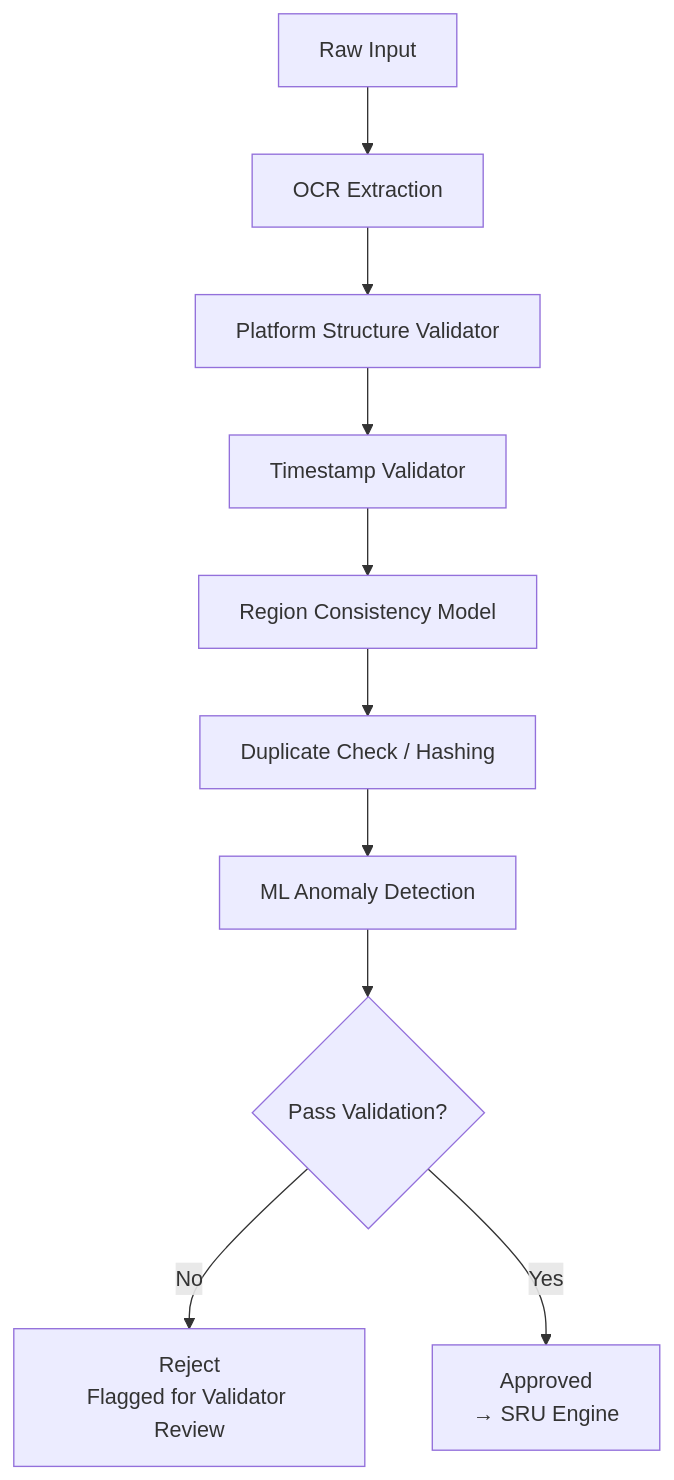
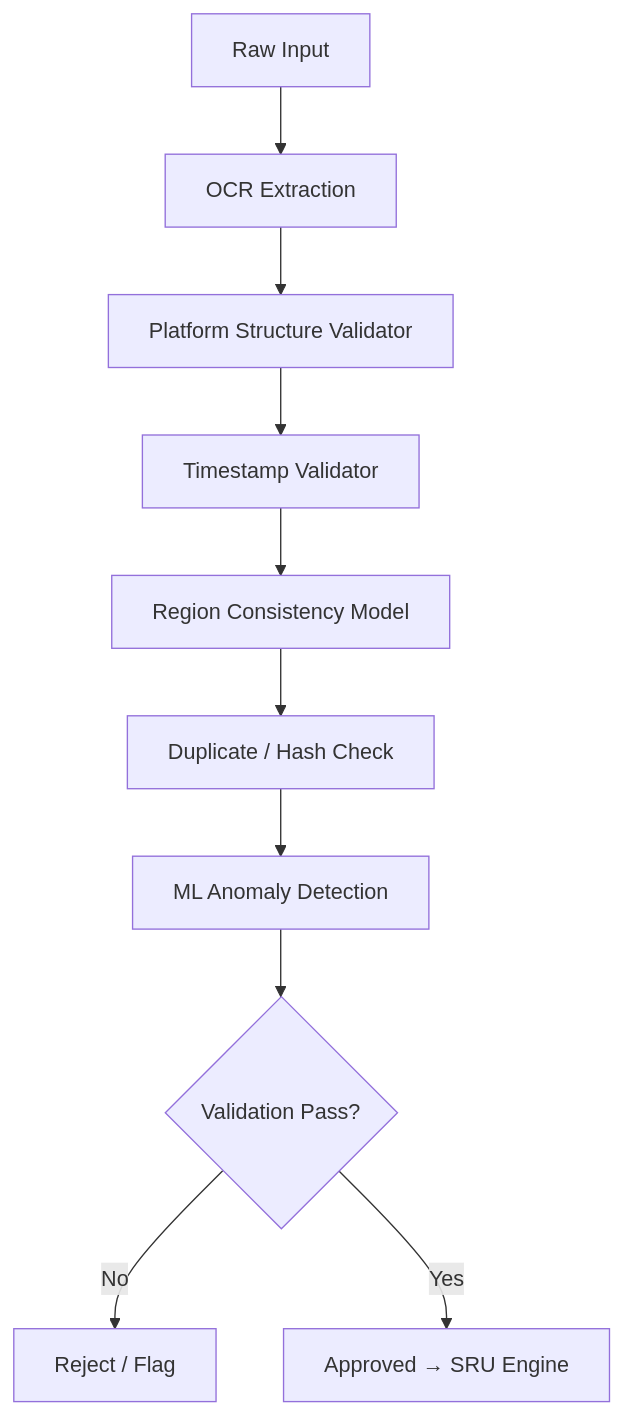
One commit to Ridera-Rwa/Ridera-core changed the second of 5 diagrams in architecture/data-flow-diagram.md. Above: the diagram before and after it, drawn with Mermaid. The commit also changed other lines of this file, not shown here.

````diff
--- a/architecture/data-flow-diagram.md
+++ b/architecture/data-flow-diagram.md
@@ -101,12 +96,14 @@
 ```mermaid
 flowchart TD
-    A[Raw Input] --> B[OCR Extraction]
-    B --> C[Platform Structure Validator]
-    C --> D[Timestamp Validator]
-    D --> E[Region Consistency Model]
-    E --> F[Duplicate Check / Hashing]
-    F --> G[ML Anomaly Detection]
-    G --> H{Pass Validation?}
-    H -->|No| I[Reject<br>Flagged for Validator Review]
-    H -->|Yes| J[Approved<br>→ SRU Engine]
+    A["Raw Input"] --> B["OCR Extraction"]
+    B --> C["Platform Structure Validator"]
+    C --> D["Timestamp Validator"]
+    D --> E["Region Consistency Model"]
+    E --> F["Duplicate / Hash Check"]
+    F --> G["ML Anomaly Detection"]
+
+    G --> H{Validation Pass?}
+
+    H -->|No| I["Reject / Flag"]
+    H -->|Yes| J["Approved → SRU Engine"]
 ```
````
